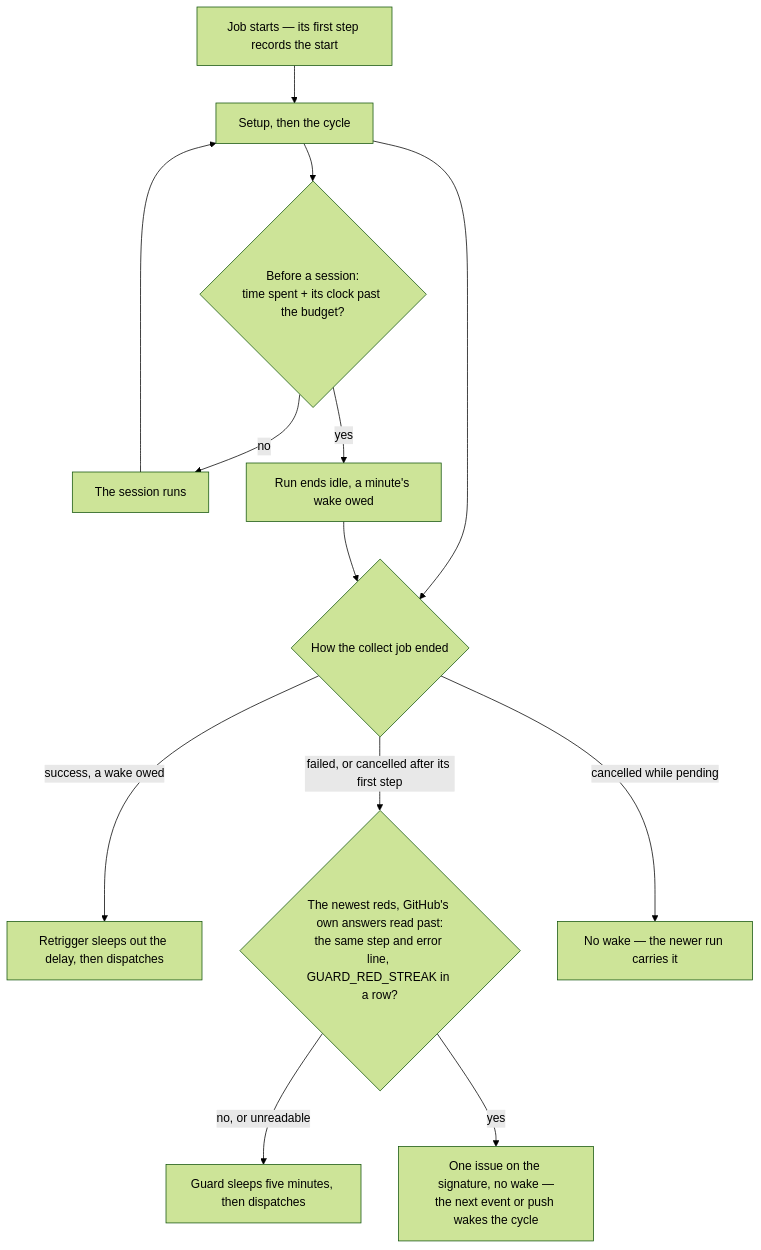
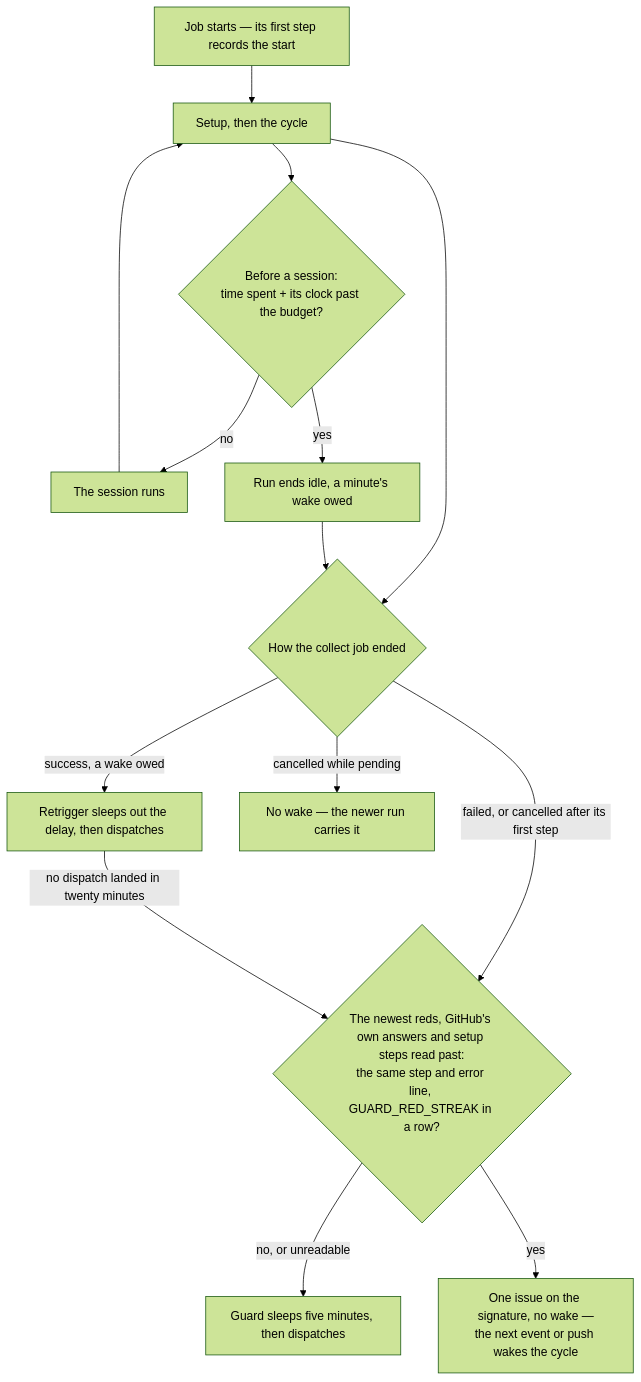
The fourth of 4 diagrams in apps/web/content/docs/infra/review-collector/runner.md (Esposter/Esposter), drawn with Mermaid (forest theme) before and after one commit. The commit also changed other lines of this file and 11 other files, not shown here.

First line of the commit message:
fix(scripts): GitHub's content-creation limit is a rate limit waited out a minute, a red in the collector's setup counts towards no guard streak, and the guard wakes a retrigger whose dispatch never landed

````diff
--- a/apps/web/content/docs/infra/review-collector/runner.md
+++ b/apps/web/content/docs/infra/review-collector/runner.md
@@ -120,15 +120,16 @@
 ```mermaid
 flowchart TD
   S[Job starts — its first step records the start] --> C[Setup, then the cycle]
   C --> Q{Before a session:<br/>time spent + its clock past the budget?}
   Q -->|no| R[The session runs]
   R --> C
   Q -->|yes| I[Run ends idle, a minute's wake owed]
   C --> E{How the collect job ended}
   I --> E
   E -->|success, a wake owed| T[Retrigger sleeps out the delay, then dispatches]
-  E -->|failed, or cancelled after its first step| H{The newest reds, GitHub's own answers read past:<br/>the same step and error line, GUARD_RED_STREAK in a row?}
+  E -->|failed, or cancelled after its first step| H{The newest reds, GitHub's own answers and setup steps read past:<br/>the same step and error line, GUARD_RED_STREAK in a row?}
+  T -->|no dispatch landed in twenty minutes| H
   H -->|no, or unreadable| G[Guard sleeps five minutes, then dispatches]
   H -->|yes| K[One issue on the signature, no wake —<br/>the next event or push wakes the cycle]
   E -->|cancelled while pending| N[No wake — the newer run carries it]
 ```
````
